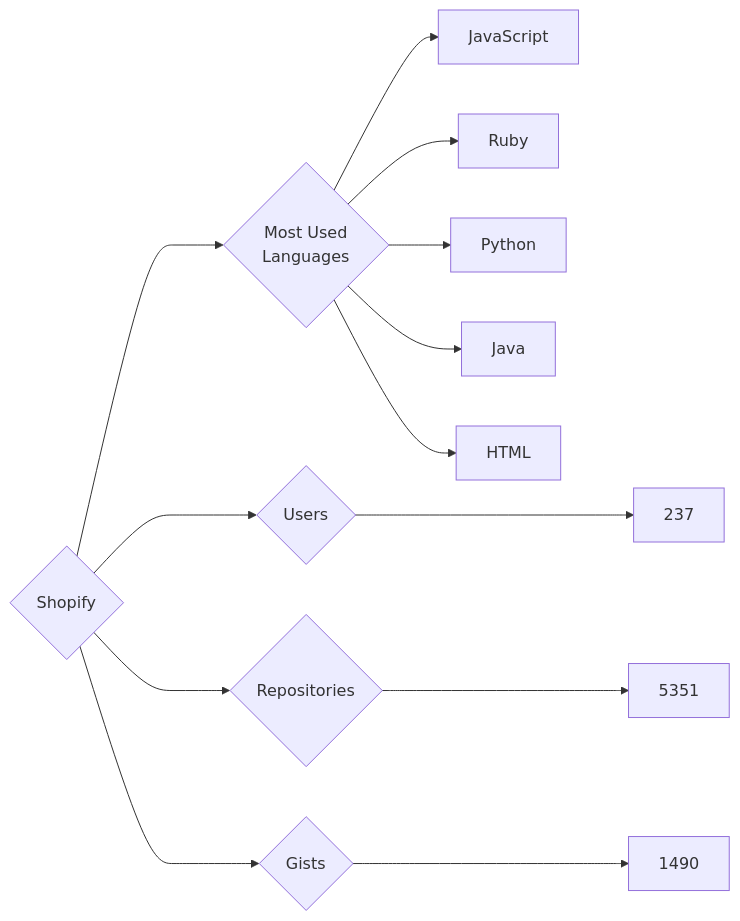
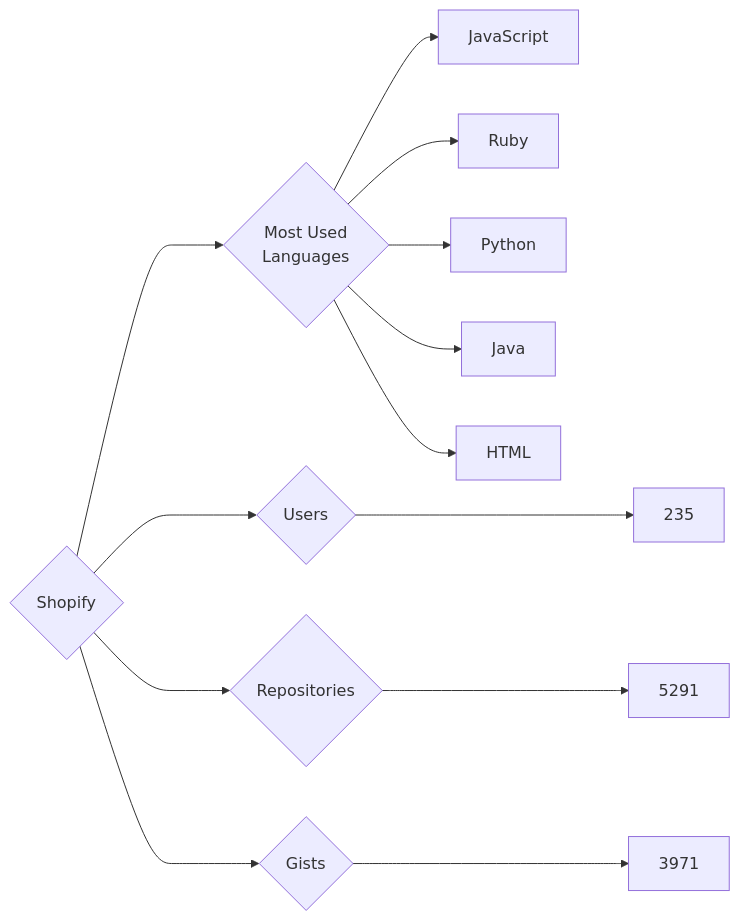
Before and after one commit to trickest/insiders: the diagram in targets/Shopify/README.md, drawn with Mermaid. The commit also changed 833 other files, not shown here.

````diff
--- a/targets/Shopify/README.md
+++ b/targets/Shopify/README.md
@@ -3,13 +3,13 @@
 ```mermaid
 graph LR
 COMPANY_NAME{Shopify}
-COMPANY_NAME ---> U{Users} ---> UN[237]
-COMPANY_NAME ---> R{Repositories} ---> RN[5351]
-COMPANY_NAME ---> G{Gists} ---> GN[1490]
+COMPANY_NAME ---> U{Users} ---> UN[235]
+COMPANY_NAME ---> R{Repositories} ---> RN[5291]
+COMPANY_NAME ---> G{Gists} ---> GN[3971]
 COMPANY_NAME ---> ML{Most Used<br>Languages}
 ML --> JavaScript[JavaScript]
 ML --> Ruby[Ruby]
 ML --> Python[Python]
 ML --> Java[Java]
 ML --> HTML[HTML]
 ```
````
